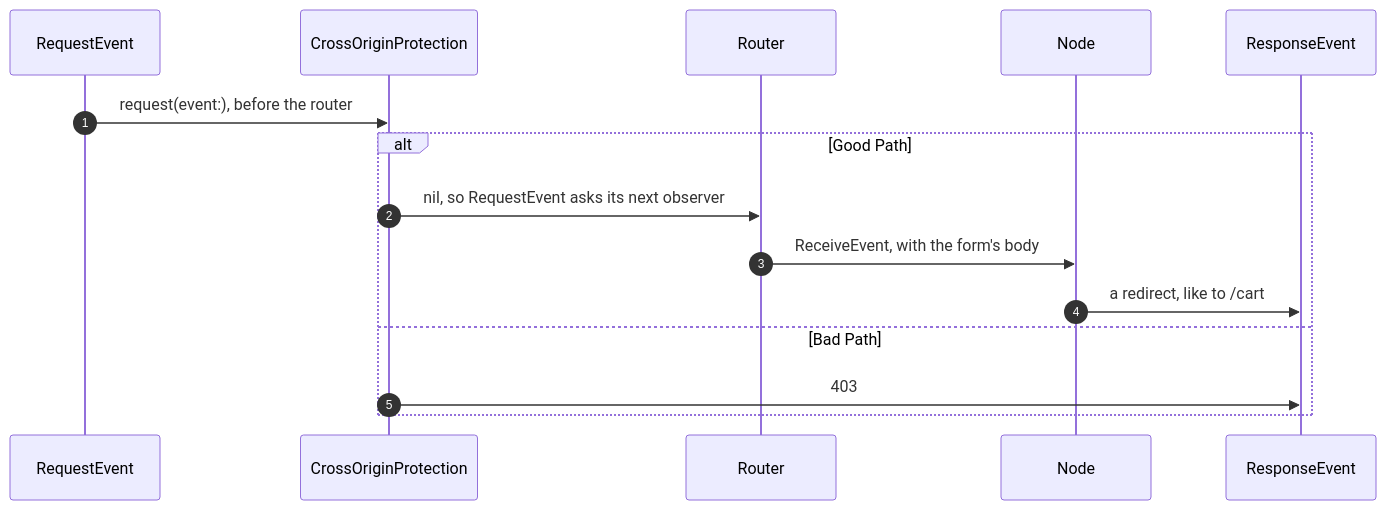
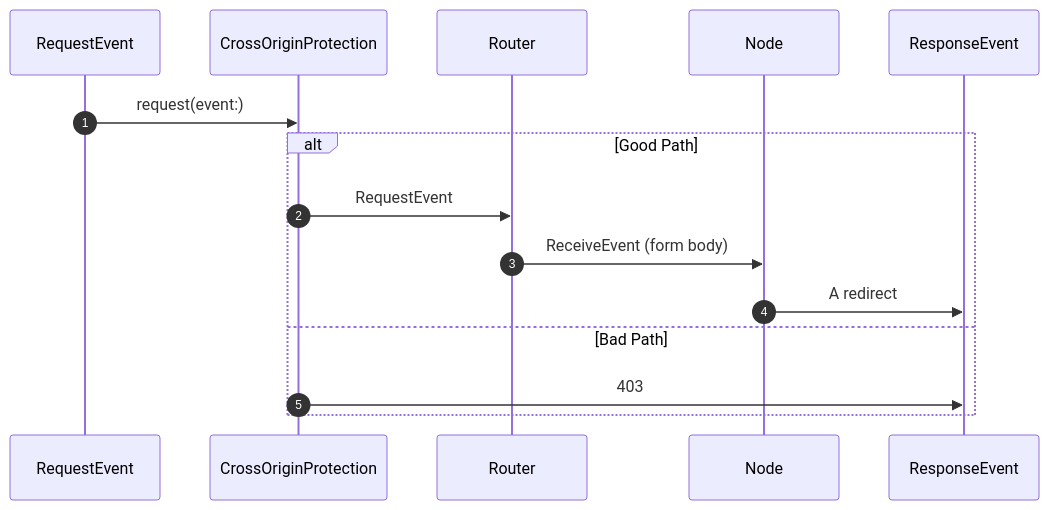
One commit to rainpour/raindeer-dev changed the diagram in app/pages/_home/_case-study.md. Above: the diagram before and after it, drawn with Mermaid. The commit also changed other lines of this file and 1 other file, not shown here.

Commit message:
Simplify case study

````diff
--- a/app/pages/_home/_case-study.md
+++ b/app/pages/_home/_case-study.md
@@ -16,18 +16,18 @@
 ```mermaid
 sequenceDiagram
   autonumber
   participant RequestEvent
   participant Protection as CrossOriginProtection
   participant Router
   participant Node
   participant ResponseEvent
 
-  RequestEvent->>Protection: request(event:), before the router
+  RequestEvent->>Protection: request(event:)
   alt Good Path
-    Protection->>Router: nil, so RequestEvent asks its next observer
-    Router->>Node: ReceiveEvent, with the form's body
-    Node->>ResponseEvent: a redirect, like to /cart
+    Protection->>Router: RequestEvent
+    Router->>Node: ReceiveEvent (form body)
+    Node->>ResponseEvent: A redirect
   else Bad Path
     Protection->>ResponseEvent: 403
   end
 ```
````
